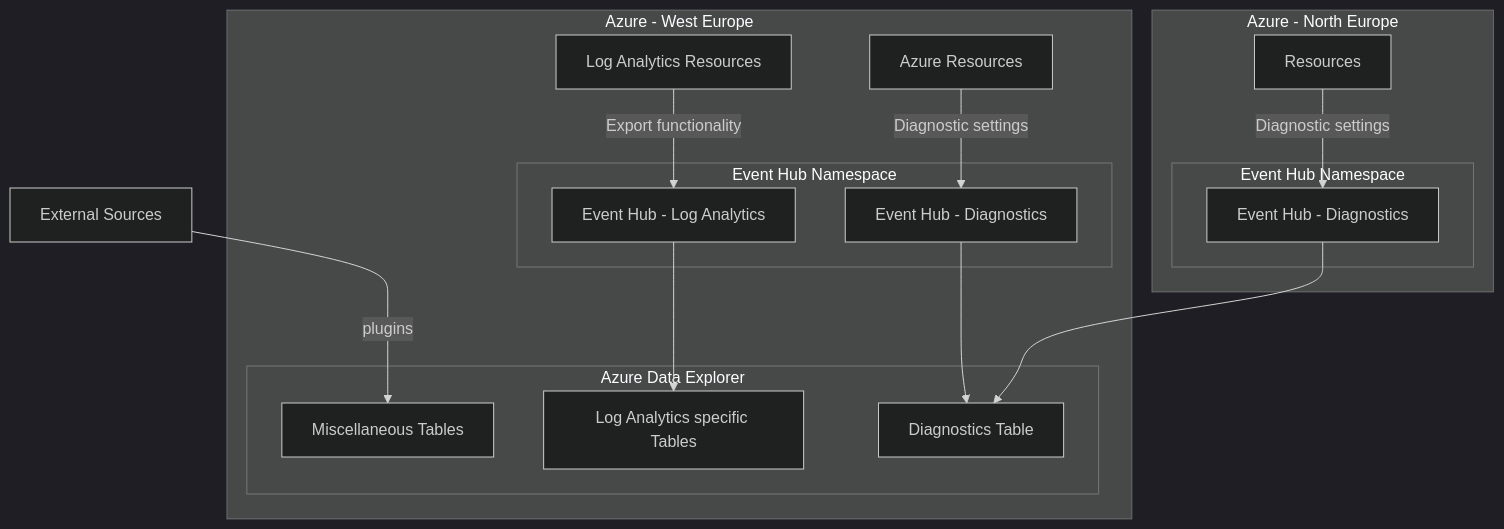
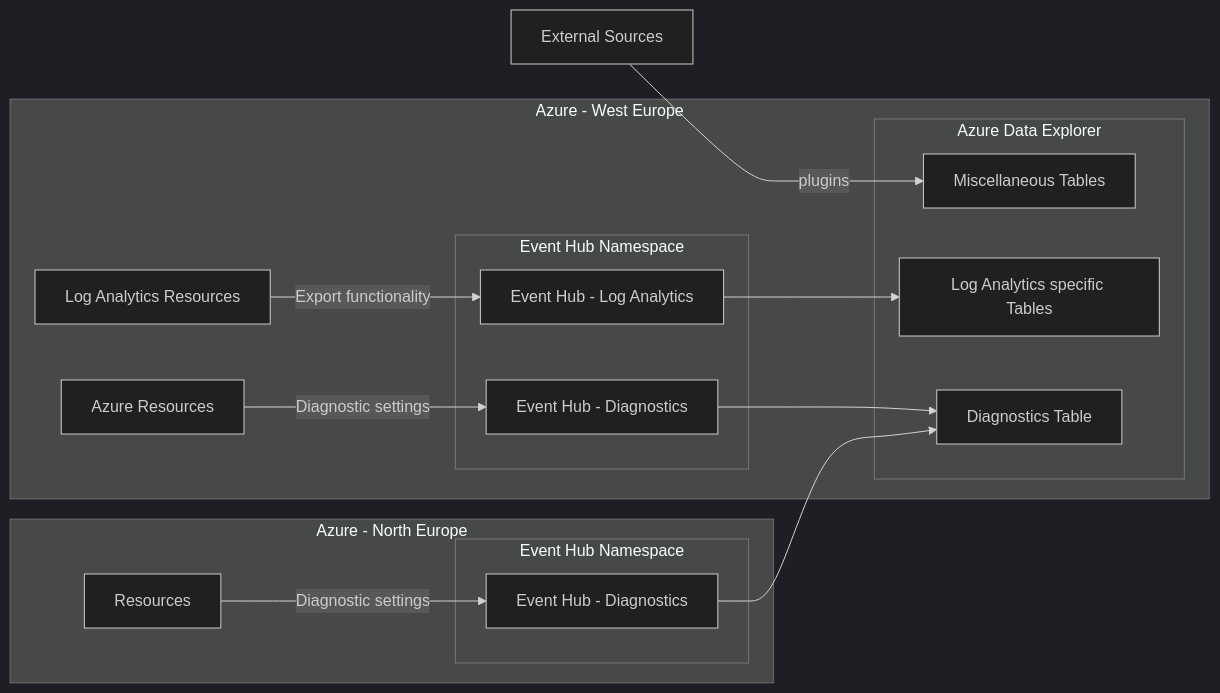
Before and after one commit to erwinkramer/kusto-event-hub-law: the diagram in README.md, drawn with Mermaid (dark theme).

````diff
--- a/README.md
+++ b/README.md
@@ -24,37 +24,37 @@
 ```mermaid
-flowchart TD
+flowchart LR
 
 ext[External Sources]
 ext -- plugins --> misctable
 
 subgraph Azure - West Europe
     reslaweu[Log Analytics Resources]
     resweu[Azure Resources]
 
     subgraph Event Hub Namespace
         evhlaweu[Event Hub - Log Analytics]
         evhdiweu[Event Hub - Diagnostics]
     end
 
     
     subgraph Azure Data Explorer
         lawtable[Log Analytics specific Tables]
         diagtable[Diagnostics Table]
         misctable[Miscellaneous Tables]
     end
 
     reslaweu--Export functionality-->evhlaweu-->lawtable
 
     resweu--Diagnostic settings-->evhdiweu-->diagtable
 end
     
 subgraph Azure - North Europe
     resneu[Resources]
 
     subgraph Event Hub Namespace
         evhdineu[Event Hub - Diagnostics]
     end
 
     resneu--Diagnostic settings-->evhdineu-->diagtable
 end
 ```
````
